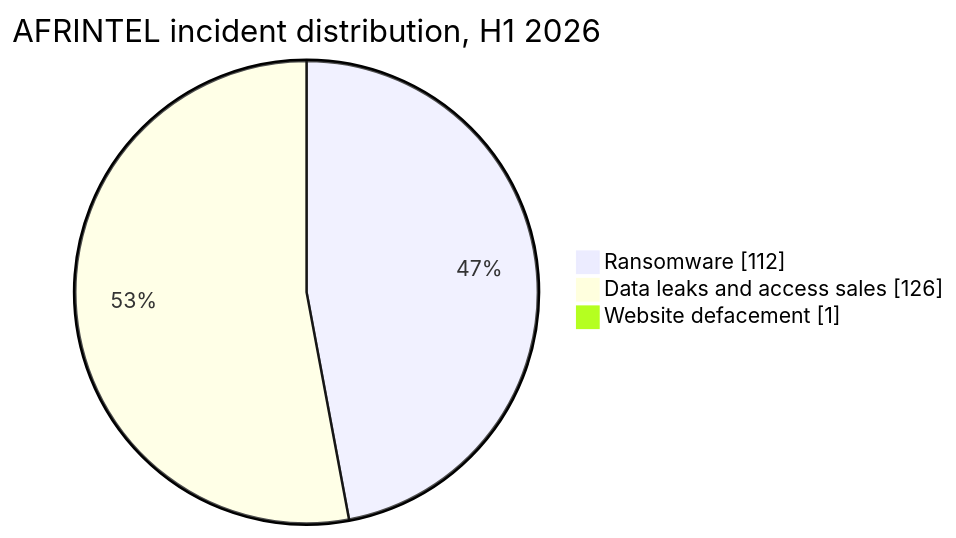
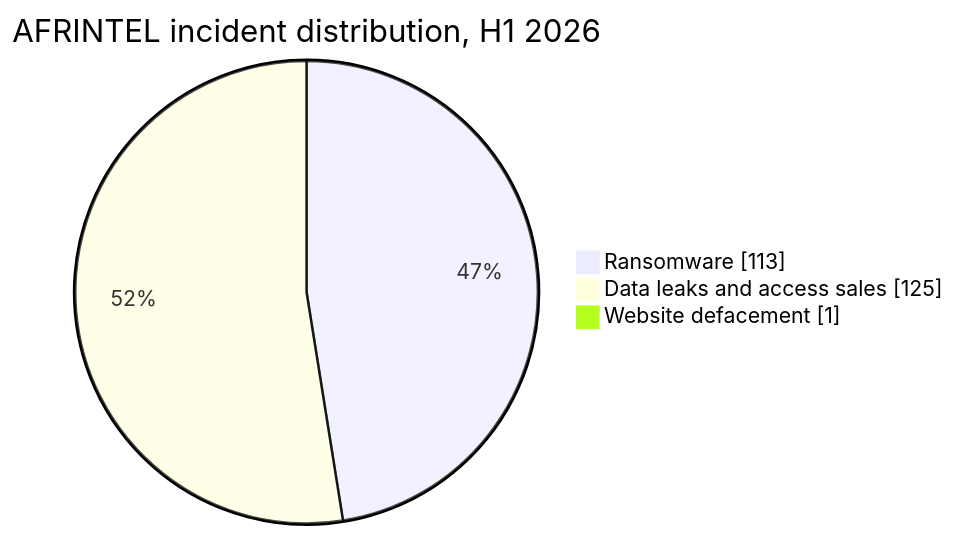
One commit to Hatchepsoute/AFRINTEL changed the first of 4 diagrams in CyberAttackAfrica/2026/README_H1.md. Above: the diagram before and after it, drawn with Mermaid. The commit also changed other lines of this file and 85 other files, not shown here.

````diff
--- a/CyberAttackAfrica/2026/README_H1.md
+++ b/CyberAttackAfrica/2026/README_H1.md
@@ -46,7 +46,7 @@
 ```mermaid
 pie showData
     title AFRINTEL incident distribution, H1 2026
-    "Ransomware" : 112
-    "Data leaks and access sales" : 126
+    "Ransomware" : 113
+    "Data leaks and access sales" : 125
     "Website defacement" : 1
 ```
````
